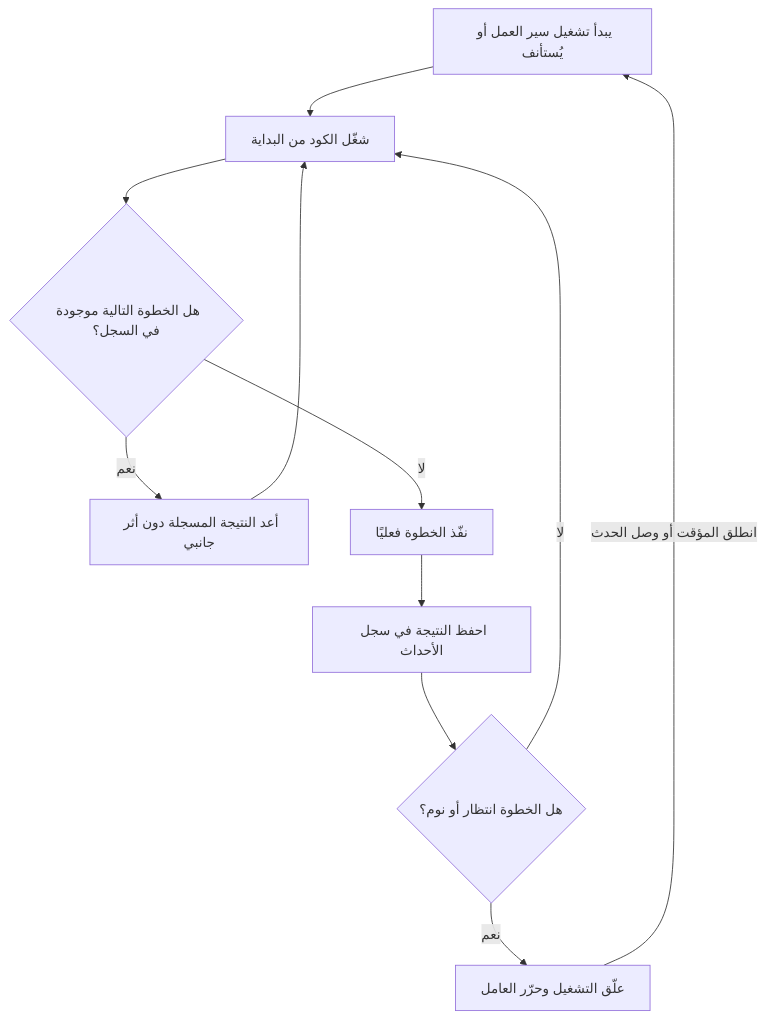
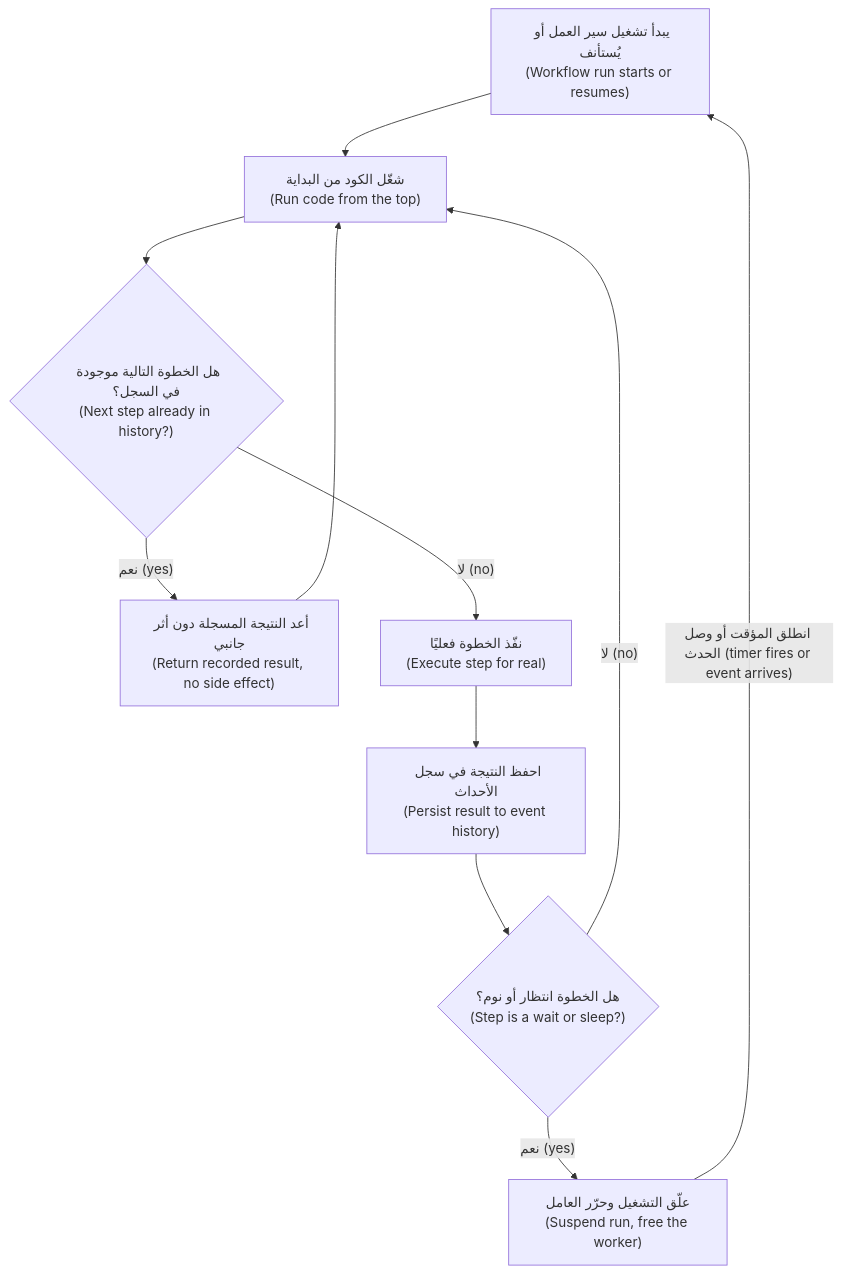
One commit to Tamoura/system-design-for-vibe-coders changed the fourth of 4 diagrams in saas/modules/05-background-integrations.ar.md. Above: the diagram before and after it, drawn with Mermaid. The commit also changed other lines of this file and 62 other files, not shown here.

First line of the commit message:
Arabic editions: English on every diagram label, RTL fixes, rebuild

````diff
--- a/saas/modules/05-background-integrations.ar.md
+++ b/saas/modules/05-background-integrations.ar.md
@@ -900,13 +900,13 @@
 ```mermaid
 flowchart TD
-  S["يبدأ تشغيل سير العمل أو يُستأنف"] --> R["شغّل الكود من البداية"]
-  R --> Q{"هل الخطوة التالية موجودة في السجل؟"}
-  Q -->|"نعم"| H["أعد النتيجة المسجلة دون أثر جانبي"]
+  S["يبدأ تشغيل سير العمل أو يُستأنف<br/>(Workflow run starts or resumes)"] --> R["شغّل الكود من البداية<br/>(Run code from the top)"]
+  R --> Q{"هل الخطوة التالية موجودة في السجل؟<br/>(Next step already in history?)"}
+  Q -->|"نعم (yes)"| H["أعد النتيجة المسجلة دون أثر جانبي<br/>(Return recorded result, no side effect)"]
   H --> R
-  Q -->|"لا"| X["نفّذ الخطوة فعليًا"]
-  X --> P["احفظ النتيجة في سجل الأحداث"]
-  P --> W{"هل الخطوة انتظار أو نوم؟"}
-  W -->|"لا"| R
-  W -->|"نعم"| Z["علّق التشغيل وحرّر العامل"]
-  Z -->|"انطلق المؤقت أو وصل الحدث"| S
+  Q -->|"لا (no)"| X["نفّذ الخطوة فعليًا<br/>(Execute step for real)"]
+  X --> P["احفظ النتيجة في سجل الأحداث<br/>(Persist result to event history)"]
+  P --> W{"هل الخطوة انتظار أو نوم؟<br/>(Step is a wait or sleep?)"}
+  W -->|"لا (no)"| R
+  W -->|"نعم (yes)"| Z["علّق التشغيل وحرّر العامل<br/>(Suspend run, free the worker)"]
+  Z -->|"انطلق المؤقت أو وصل الحدث (timer fires or event arrives)"| S
 ```
````
